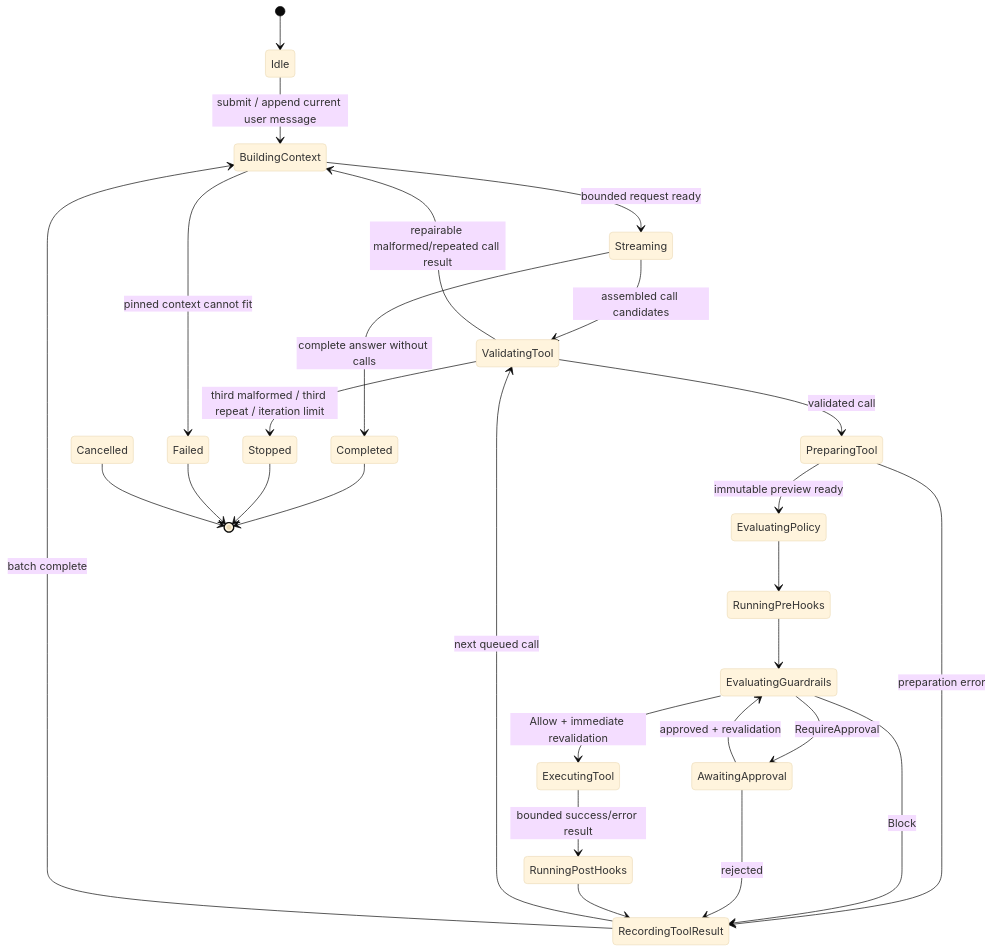
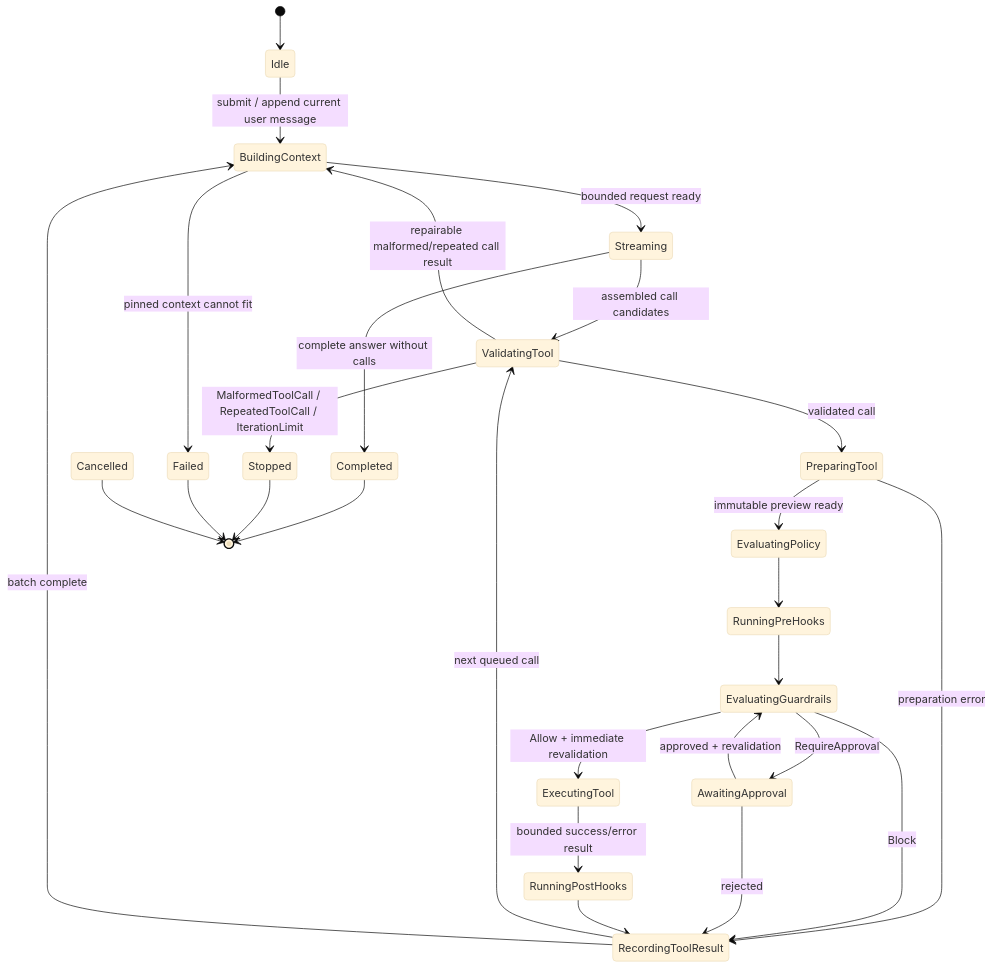
Before and after one commit to owlCoder/kova: the diagram in docs/AGENT-LOOP.md, drawn with Mermaid (base theme). The commit also changed other lines of this file and 18 other files, not shown here.

Commit message:
docs: accept architecture review amendments for milestone 1

````diff
--- a/docs/AGENT-LOOP.md
+++ b/docs/AGENT-LOOP.md
@@ -7,29 +7,29 @@
 ```mermaid
 stateDiagram-v2
   [*] --> Idle
   Idle --> BuildingContext: submit / append current user message
   BuildingContext --> Streaming: bounded request ready
   BuildingContext --> Failed: pinned context cannot fit
   Streaming --> Completed: complete answer without calls
   Streaming --> ValidatingTool: assembled call candidates
   ValidatingTool --> BuildingContext: repairable malformed/repeated call result
-  ValidatingTool --> Stopped: third malformed / third repeat / iteration limit
+  ValidatingTool --> Stopped: MalformedToolCall / RepeatedToolCall / IterationLimit
   ValidatingTool --> PreparingTool: validated call
   PreparingTool --> EvaluatingPolicy: immutable preview ready
   PreparingTool --> RecordingToolResult: preparation error
   EvaluatingPolicy --> RunningPreHooks
   RunningPreHooks --> EvaluatingGuardrails
   EvaluatingGuardrails --> RecordingToolResult: Block
   EvaluatingGuardrails --> AwaitingApproval: RequireApproval
   EvaluatingGuardrails --> ExecutingTool: Allow + immediate revalidation
   AwaitingApproval --> RecordingToolResult: rejected
   AwaitingApproval --> EvaluatingGuardrails: approved + revalidation
   ExecutingTool --> RunningPostHooks: bounded success/error result
   RunningPostHooks --> RecordingToolResult
   RecordingToolResult --> ValidatingTool: next queued call
   RecordingToolResult --> BuildingContext: batch complete
   Completed --> [*]
   Stopped --> [*]
   Failed --> [*]
   Cancelled --> [*]
 ```
````
